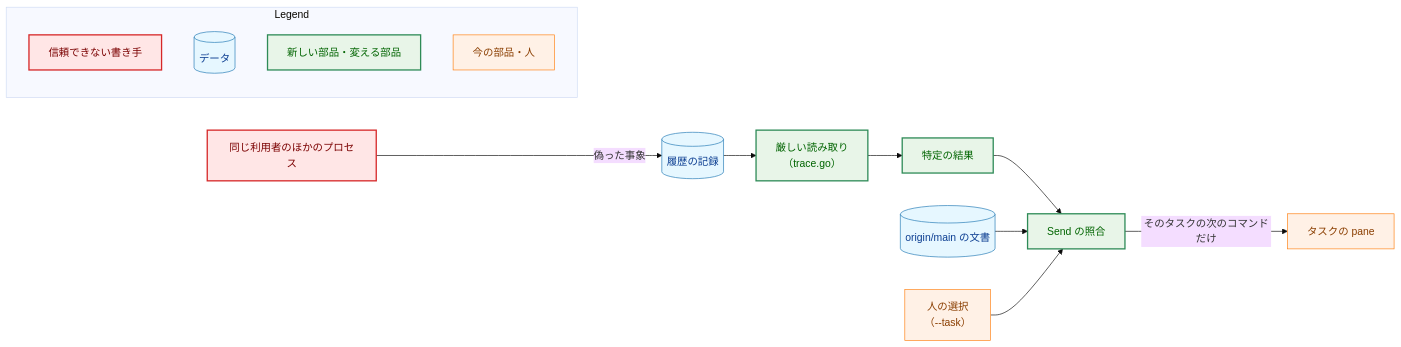
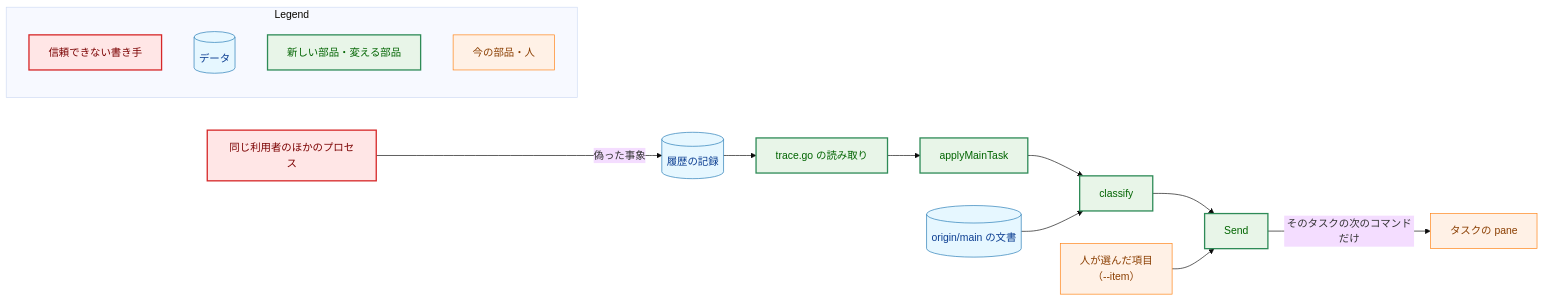
The fourth of 5 diagrams in docs/tasks/0105_chief_post_merge_next_command/02_architecture.md (isseis/yt2column), drawn with Mermaid (base theme) before and after one commit. The commit also changed other lines of this file and 2 other files, not shown here.

First line of the commit message:
docs(0105): address the architecture review and revise requirement 4.1

````diff
--- a/docs/tasks/0105_chief_post_merge_next_command/02_architecture.md
+++ b/docs/tasks/0105_chief_post_merge_next_command/02_architecture.md
@@ -410,39 +476,40 @@
 ```mermaid
 flowchart LR
     classDef data fill:#e6f7ff,stroke:#1f77b4,stroke-width:1px,color:#0b3d91;
     classDef process fill:#fff1e6,stroke:#ff7f0e,stroke-width:1px,color:#8a3e00;
     classDef enhanced fill:#e8f5e8,stroke:#2e8b57,stroke-width:2px,color:#006400;
     classDef problem fill:#ffe6e6,stroke:#d62728,stroke-width:2px,color:#7b0000;
 
     OTHER["同じ利用者のほかのプロセス"]
     TRACE[("履歴の記録")]
-    READER["厳しい読み取り<br>（trace.go）"]
-    JUDGE["特定の結果"]
+    READER["trace.go の読み取り"]
+    APPLY["applyMainTask"]
     DOCS[("origin/main の文書")]
-    HUMAN["人の選択<br>（--task）"]
-    SEND["Send の照合"]
+    CLASSIFY["classify"]
+    HUMAN["人が選んだ項目<br>（--item）"]
+    SEND["Send"]
     PANE["タスクの pane"]
 
     OTHER -->|"偽った事象"| TRACE
-    TRACE --> READER --> JUDGE
-    JUDGE --> SEND
-    DOCS --> SEND
+    TRACE --> READER --> APPLY --> CLASSIFY
+    DOCS --> CLASSIFY
+    CLASSIFY --> SEND
     HUMAN --> SEND
     SEND -->|"そのタスクの次のコマンドだけ"| PANE
 
     class OTHER problem
     class TRACE,DOCS data
-    class READER,JUDGE,SEND enhanced
+    class READER,APPLY,CLASSIFY,SEND enhanced
     class HUMAN,PANE process
 
     subgraph Legend["Legend"]
         L1["信頼できない書き手"]
         L2[("データ")]
         L3["新しい部品・変える部品"]
         L4["今の部品・人"]
     end
     class L1 problem
     class L2 data
     class L3 enhanced
     class L4 process
 ```
````
